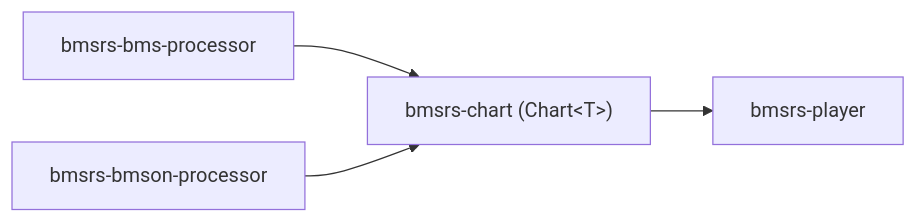
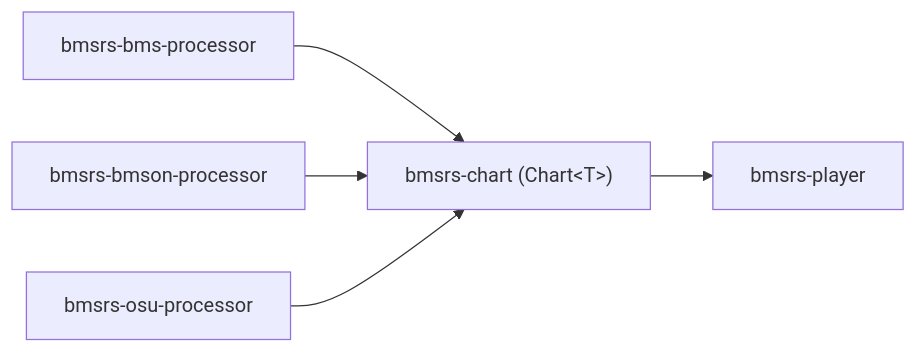
One commit to brightmeows/bmsrs changed the diagram in common/AGENTS.md. Above: the diagram before and after it, drawn with Mermaid. The commit also changed other lines of this file and 16 other files, not shown here.

First line of the commit message:
feat(osu): convert osu!mania beatmaps to Chart

````diff
--- a/common/AGENTS.md
+++ b/common/AGENTS.md
@@ -13,6 +14,7 @@
 ```mermaid
 flowchart LR
     BProc[bmsrs-bms-processor] --> Chart["bmsrs-chart (Chart&lt;T&gt;)"]
     BMProc[bmsrs-bmson-processor] --> Chart
+    OsuProc[bmsrs-osu-processor] --> Chart
     Chart --> Player[bmsrs-player]
 ```
````
